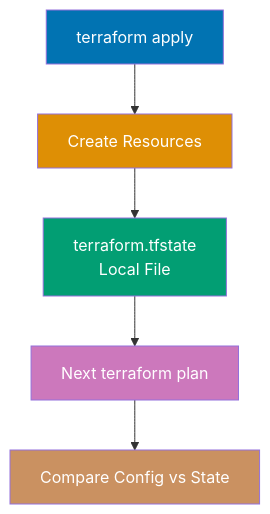
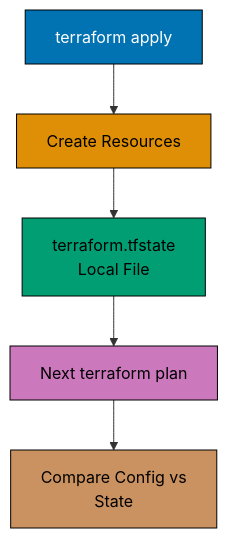
One commit to wahidyankf/ose-public changed the third of 11 diagrams in apps/ayokoding-www/content/en/learn/legacy/software-engineering/infrastructure/tools/terraform/by-example/intermediate.md. Above: the diagram before and after it, drawn with Mermaid. The commit also changed other lines of this file and 131 other files, not shown here.

First line of the commit message:
fix(mermaid): bring the legacy data, infrastructure, and testing diagrams onto the accessible palette

````diff
--- a/apps/ayokoding-www/content/en/learn/legacy/software-engineering/infrastructure/tools/terraform/by-example/intermediate.md
+++ b/apps/ayokoding-www/content/en/learn/legacy/software-engineering/infrastructure/tools/terraform/by-example/intermediate.md
@@ -1023,14 +1037,22 @@
 ```mermaid
 %% Color Palette: Blue #0173B2, Orange #DE8F05, Teal #029E73, Purple #CC78BC, Brown #CA9161
 graph TD
+ accTitle: Example 36: Local Backend with State File
+ accDescr: Graph with 5 nodes and 4 connections. Nodes: terraform apply, Create Resources, terraform.tfstate Local File, Next terraform plan, Compare Config vs State. Connections: terraform apply to Create Resources, Create Resources to terraform.tfstate Local File, terraform.tfstate Local File to Next terraform plan, Next terraform plan to Compare Config vs State.
  A["terraform apply"] --> B["Create Resources"]
  B --> C["terraform.tfstate<br/>Local File"]
  C --> D["Next terraform plan"]
- D --> E["Compare Config vs State"]
+ D --> E["Compare Config vs<br/>State"]
 
- style A fill:#0173B2,color:#fff
- style B fill:#DE8F05,color:#fff
- style C fill:#029E73,color:#fff
- style D fill:#CC78BC,color:#fff
- style E fill:#CA9161,color:#fff
+ classDef pal-0173B2 fill:#0173B2,stroke:#000000,color:#FFFFFF
+ class A pal-0173B2
+ classDef pal-DE8F05 fill:#DE8F05,stroke:#000000,color:#000000
+ class B pal-DE8F05
+ classDef pal-029E73 fill:#029E73,stroke:#000000,color:#000000
+ class C pal-029E73
+ classDef pal-CC78BC fill:#CC78BC,stroke:#000000,color:#000000
+ class D pal-CC78BC
+ classDef pal-CA9161 fill:#CA9161,stroke:#000000,color:#000000
+ class E pal-CA9161
+ classDef default fill:#FFFFFF,stroke:#000000,color:#000000
 ```
````
